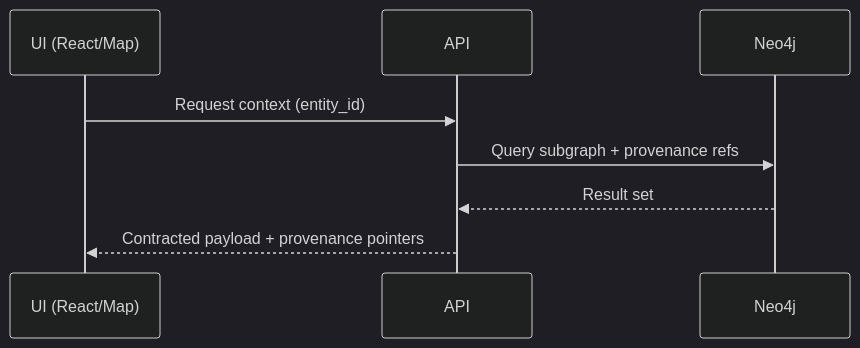
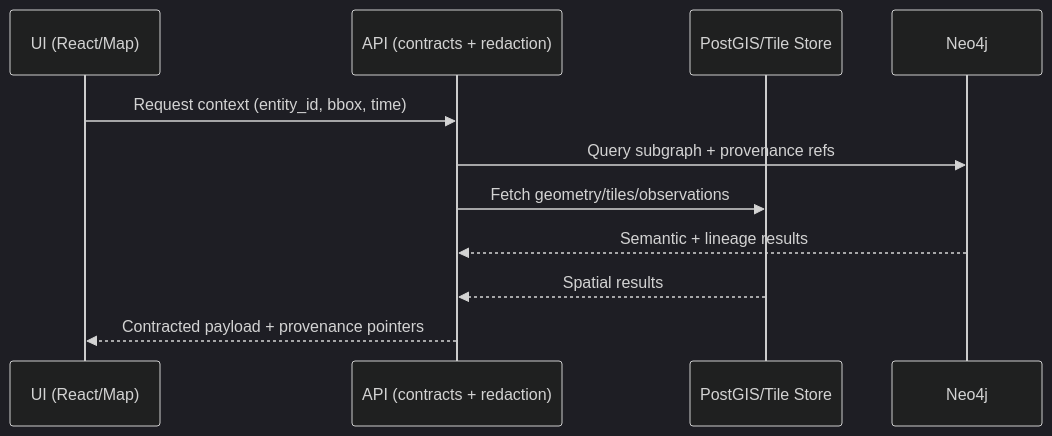
Before and after one commit to bartytime4life/Kansas-Frontier-Matrix: the second of 3 diagrams in docs/architecture/README.md, drawn with Mermaid (dark theme). The commit also changed other lines of this file, not shown here.

```diff
--- a/docs/architecture/README.md
+++ b/docs/architecture/README.md
@@ -188,10 +262,13 @@
 ~~~mermaid
 sequenceDiagram
   participant UI as UI (React/Map)
-  participant API as API
+  participant API as API (contracts + redaction)
+  participant GIS as PostGIS/Tile Store
   participant Graph as Neo4j
-  UI->>API: Request context (entity_id)
+  UI->>API: Request context (entity_id, bbox, time)
   API->>Graph: Query subgraph + provenance refs
-  Graph-->>API: Result set
+  API->>GIS: Fetch geometry/tiles/observations
+  Graph-->>API: Semantic + lineage results
+  GIS-->>API: Spatial results
   API-->>UI: Contracted payload + provenance pointers
 ~~~
```
